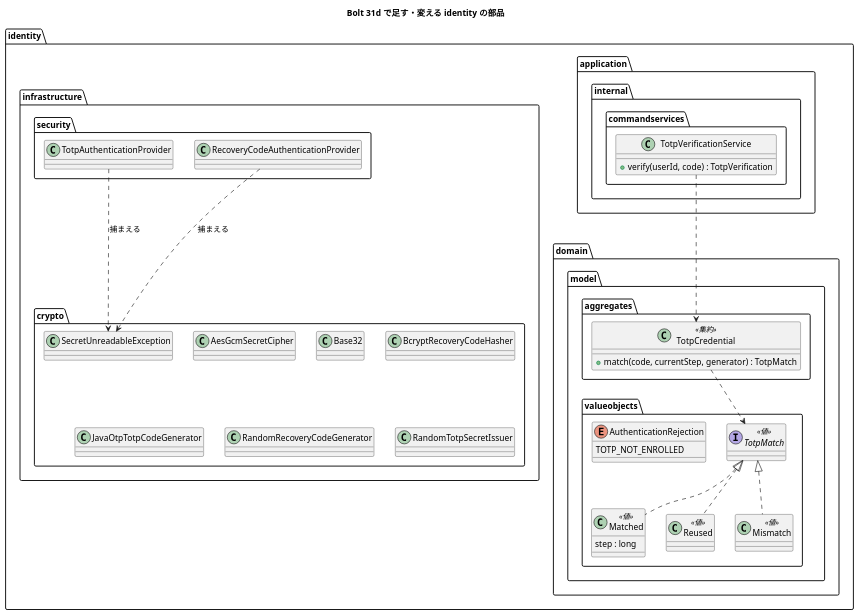
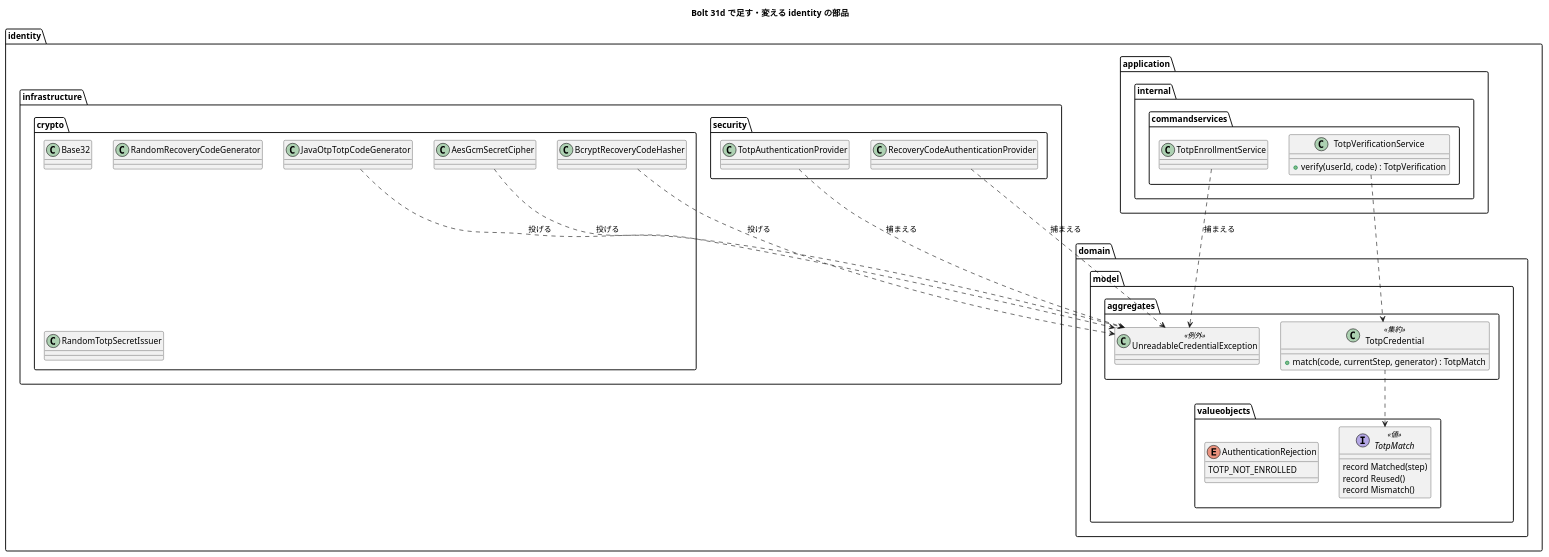
Before and after one commit to k2works/practical-domain-driven-design-in-enterpris-application: the diagram in docs/development/cargo-tracker/bolt_31d_plan.md, drawn with PlantUML. The commit also changed other lines of this file and 4 other files, not shown here.

````diff
--- a/docs/development/cargo-tracker/bolt_31d_plan.md
+++ b/docs/development/cargo-tracker/bolt_31d_plan.md
@@ -74,46 +75,47 @@
 ```plantuml
 @startuml
 title Bolt 31d で足す・変える identity の部品
 package "identity.domain.model.aggregates" {
   class TotpCredential <<集約>> {
     + match(code, currentStep, generator) : TotpMatch
   }
+  class UnreadableCredentialException <<例外>>
 }
 package "identity.domain.model.valueobjects" {
-  interface TotpMatch <<値>>
-  class Matched <<値>> {
-    step : long
+  interface TotpMatch <<値>> {
+    record Matched(step)
+    record Reused()
+    record Mismatch()
   }
-  class Reused <<値>>
-  class Mismatch <<値>>
   enum AuthenticationRejection {
     TOTP_NOT_ENROLLED
   }
-  TotpMatch <|.. Matched
-  TotpMatch <|.. Reused
-  TotpMatch <|.. Mismatch
 }
 package "identity.application.internal.commandservices" {
   class TotpVerificationService {
     + verify(userId, code) : TotpVerification
   }
+  class TotpEnrollmentService
 }
 package "identity.infrastructure.crypto" {
   class AesGcmSecretCipher
   class Base32
   class BcryptRecoveryCodeHasher
   class JavaOtpTotpCodeGenerator
   class RandomRecoveryCodeGenerator
   class RandomTotpSecretIssuer
-  class SecretUnreadableException
 }
 package "identity.infrastructure.security" {
   class TotpAuthenticationProvider
   class RecoveryCodeAuthenticationProvider
 }
 TotpVerificationService ..> TotpCredential
 TotpCredential ..> TotpMatch
-TotpAuthenticationProvider ..> SecretUnreadableException : 捕まえる
-RecoveryCodeAuthenticationProvider ..> SecretUnreadableException : 捕まえる
+AesGcmSecretCipher ..> UnreadableCredentialException : 投げる
+JavaOtpTotpCodeGenerator ..> UnreadableCredentialException : 投げる
+BcryptRecoveryCodeHasher ..> UnreadableCredentialException : 投げる
+TotpAuthenticationProvider ..> UnreadableCredentialException : 捕まえる
+RecoveryCodeAuthenticationProvider ..> UnreadableCredentialException : 捕まえる
+TotpEnrollmentService ..> UnreadableCredentialException : 捕まえる
 @enduml
 ```
````
